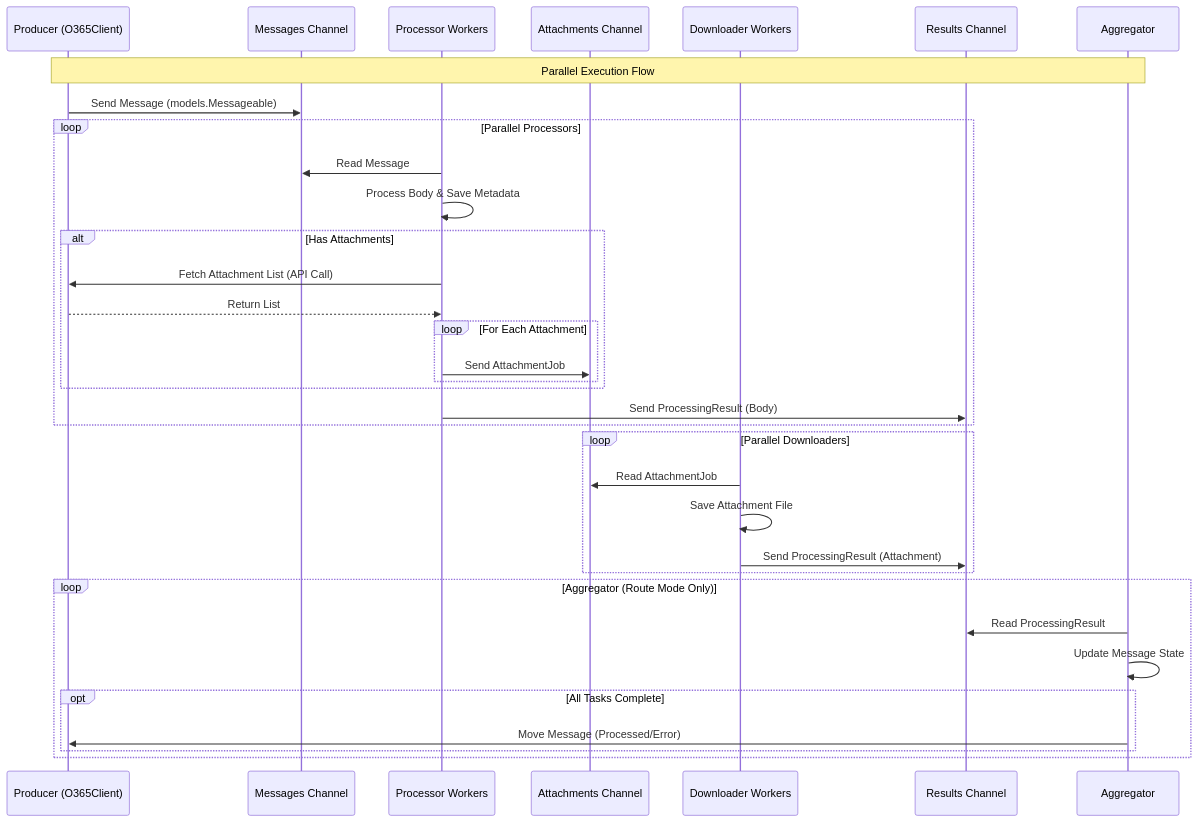
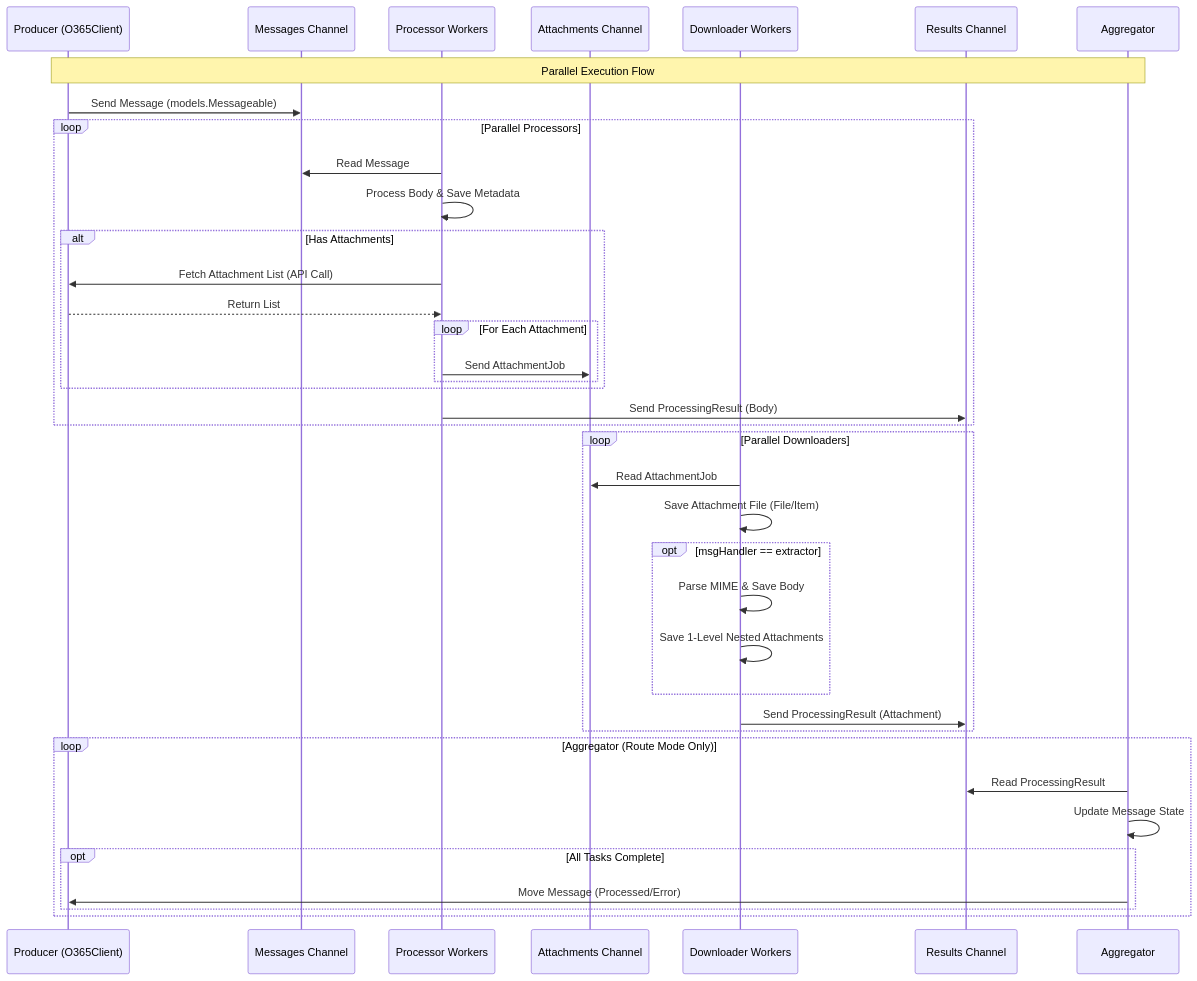
One commit to mshedsilegx/o365mbx changed the second of 3 diagrams in CHARTS.md. Above: the diagram before and after it, drawn with Mermaid. The commit also changed other lines of this file and 18 other files, not shown here.

Commit message:
Fix empty subject and msg attachment issues

````diff
--- a/CHARTS.md
+++ b/CHARTS.md
@@ -57,40 +63,44 @@
 ```mermaid
 sequenceDiagram
     participant P as Producer (O365Client)
     participant C1 as Messages Channel
     participant W1 as Processor Workers
     participant C2 as Attachments Channel
     participant W2 as Downloader Workers
     participant C3 as Results Channel
     participant A as Aggregator
 
     Note over P, A: Parallel Execution Flow
 
     P->>C1: Send Message (models.Messageable)
     loop Parallel Processors
         W1->>C1: Read Message
         W1->>W1: Process Body & Save Metadata
         alt Has Attachments
             W1->>P: Fetch Attachment List (API Call)
             P-->>W1: Return List
             loop For Each Attachment
                 W1->>C2: Send AttachmentJob
             end
         end
         W1->>C3: Send ProcessingResult (Body)
     end
 
     loop Parallel Downloaders
         W2->>C2: Read AttachmentJob
-        W2->>W2: Save Attachment File
+        W2->>W2: Save Attachment File (File/Item)
+        opt msgHandler == extractor
+            W2->>W2: Parse MIME & Save Body
+            W2->>W2: Save 1-Level Nested Attachments
+        end
         W2->>C3: Send ProcessingResult (Attachment)
     end
 
     loop Aggregator (Route Mode Only)
         A->>C3: Read ProcessingResult
         A->>A: Update Message State
         opt All Tasks Complete
             A->>P: Move Message (Processed/Error)
         end
     end
 ```
````
